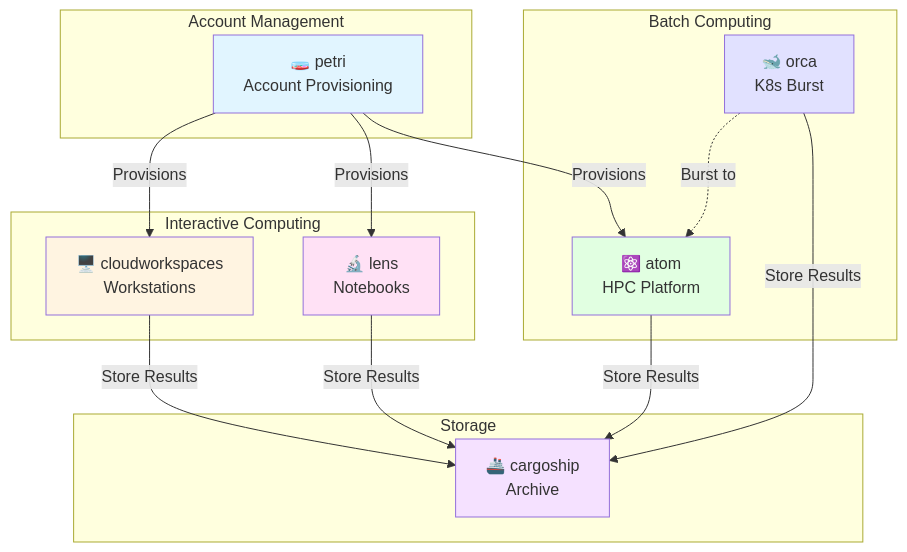
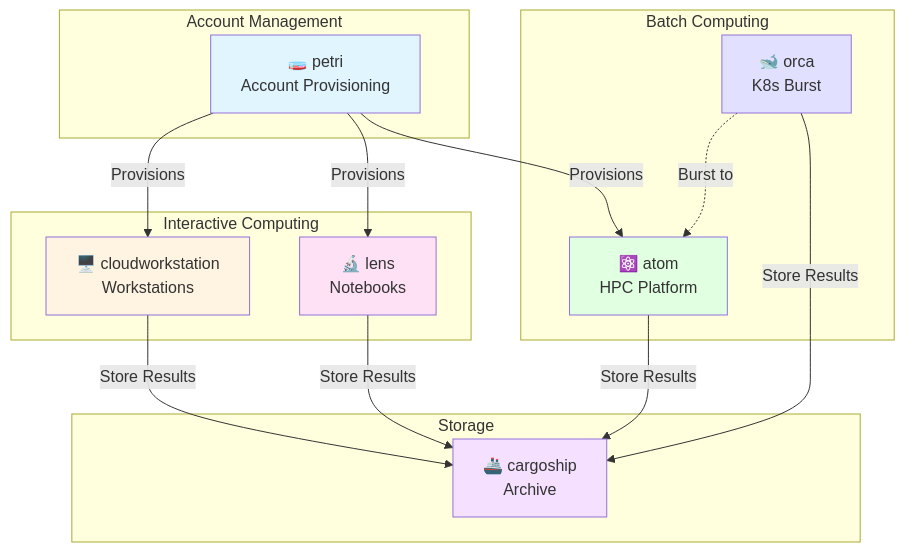
Before and after one commit to scttfrdmn/researchcomputing: the diagram in docs/ecosystem/overview.md, drawn with Mermaid. The commit also changed other lines of this file and 9 other files, not shown here.

First line of the commit message:
Update branding: cloudworkspaces → cloudworkstation, add cargoship.io domain

````diff
--- a/docs/ecosystem/overview.md
+++ b/docs/ecosystem/overview.md
@@ -7,38 +7,38 @@
 ```mermaid
 graph TB
     subgraph "Account Management"
         Petri[🧫 petri<br/>Account Provisioning]
     end
 
     subgraph "Interactive Computing"
-        CW[🖥️ cloudworkspaces<br/>Workstations]
+        CW[🖥️ cloudworkstation<br/>Workstations]
         Lens[🔬 lens<br/>Notebooks]
     end
 
     subgraph "Batch Computing"
         ATOM[⚛️ atom<br/>HPC Platform]
         ORCA[🐋 orca<br/>K8s Burst]
     end
 
     subgraph "Storage"
         Cargo[🚢 cargoship<br/>Archive]
     end
 
     Petri -->|Provisions| CW
     Petri -->|Provisions| Lens
     Petri -->|Provisions| ATOM
 
     CW -->|Store Results| Cargo
     Lens -->|Store Results| Cargo
     ATOM -->|Store Results| Cargo
     ORCA -->|Store Results| Cargo
 
     ORCA -.->|Burst to| ATOM
 
     style Petri fill:#e1f5ff
     style CW fill:#fff4e1
     style Lens fill:#ffe1f5
     style ATOM fill:#e1ffe1
     style Cargo fill:#f5e1ff
     style ORCA fill:#e1e1ff
 ```
````
